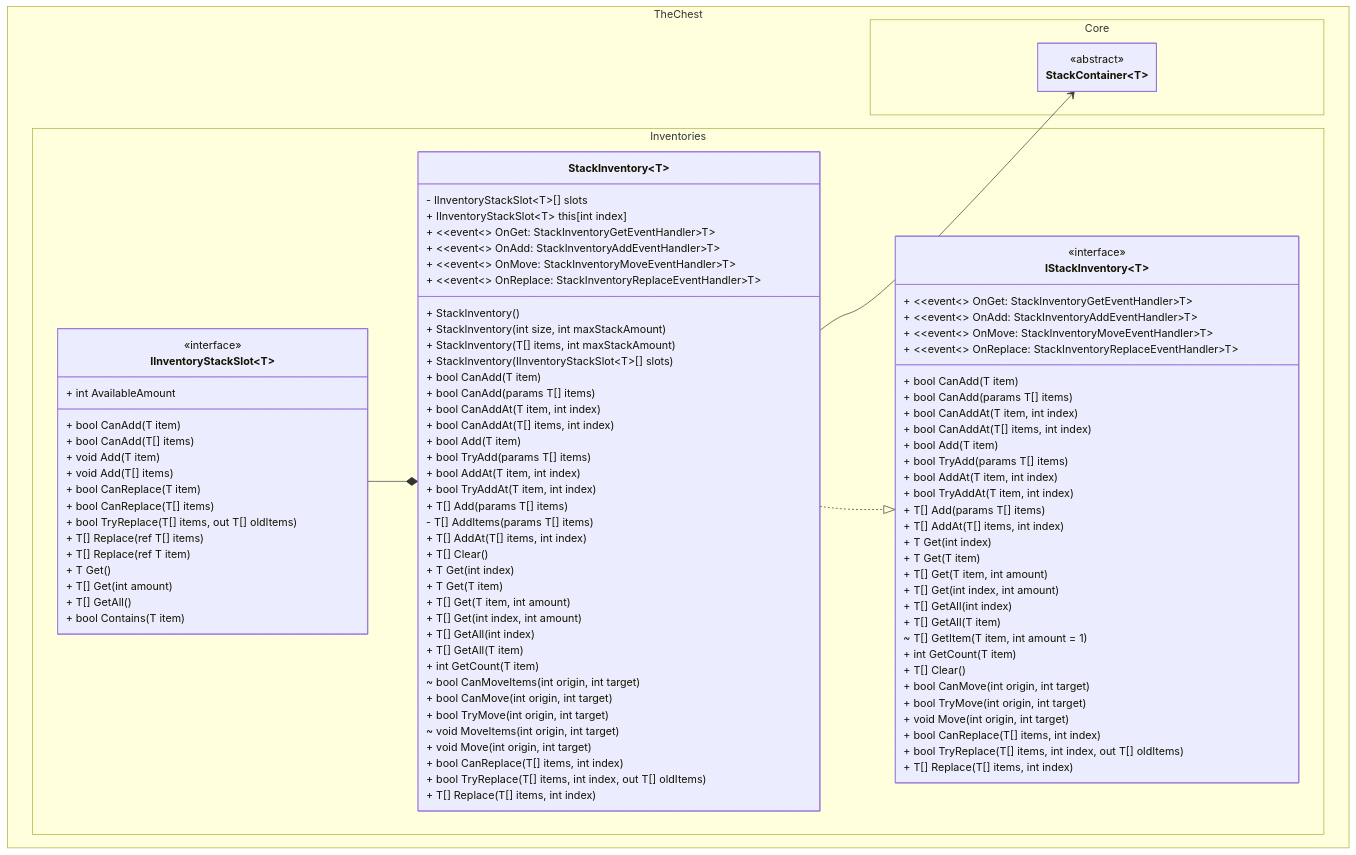
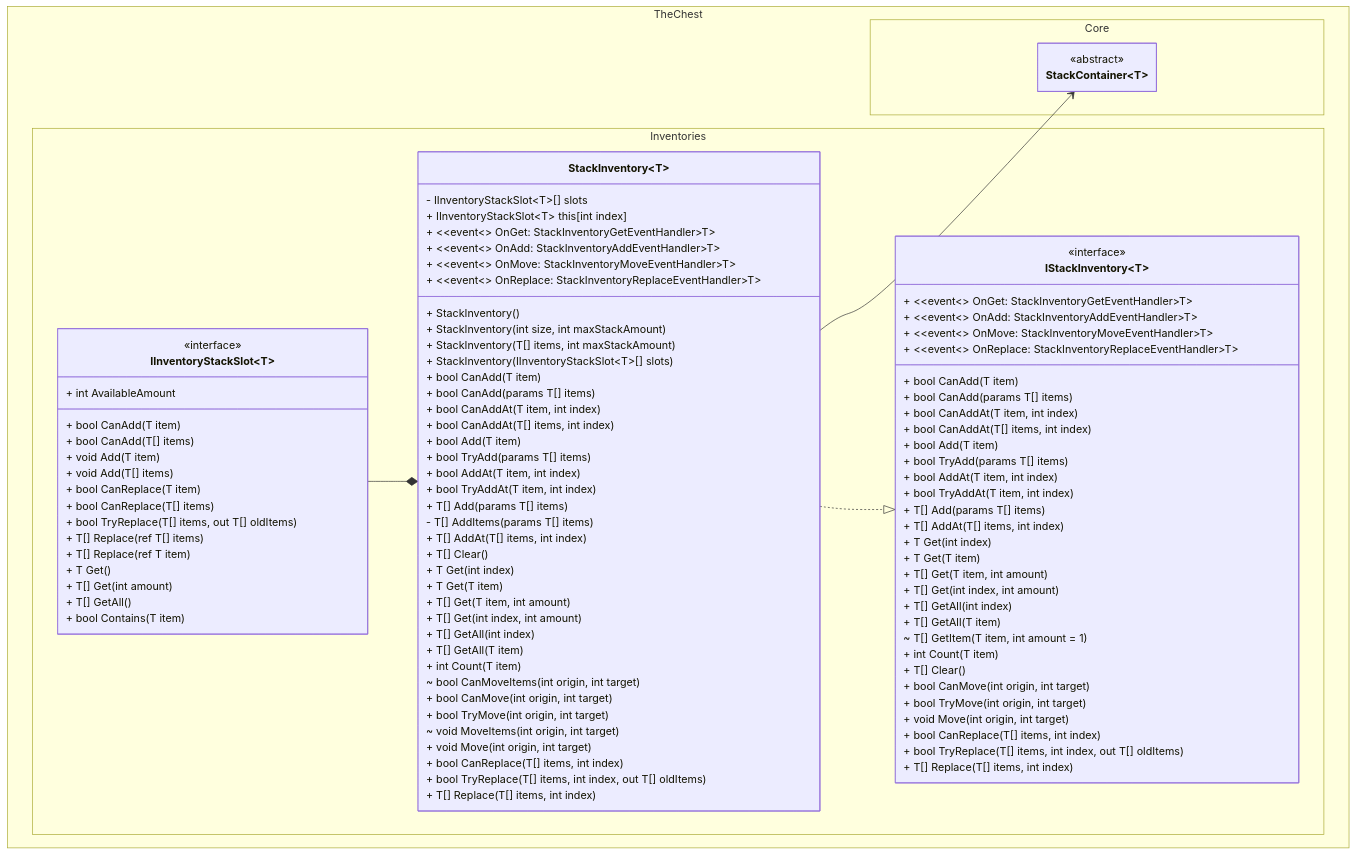
Before and after one commit to The-Chest/TheChest.Inventories: the first of 2 diagrams in docs/stack_inventory/class_diagram.md, drawn with Mermaid. The commit also changed 16 other files, not shown here.

Commit message:
Changes GetCount methods to Count

```diff
--- a/docs/stack_inventory/class_diagram.md
+++ b/docs/stack_inventory/class_diagram.md
@@ -54,7 +54,7 @@
             + T[] GetAll(int index)
             + T[] GetAll(T item)
 
-            + int GetCount(T item)
+            + int Count(T item)
 
             ~ bool CanMoveItems(int origin, int target)
             + bool CanMove(int origin, int target)
@@ -113,7 +113,7 @@
             + T[] GetAll(T item)
 	        ~ T[] GetItem(T item, int amount = 1)
             
-            + int GetCount(T item)
+            + int Count(T item)
 
             + T[] Clear()
 
```
